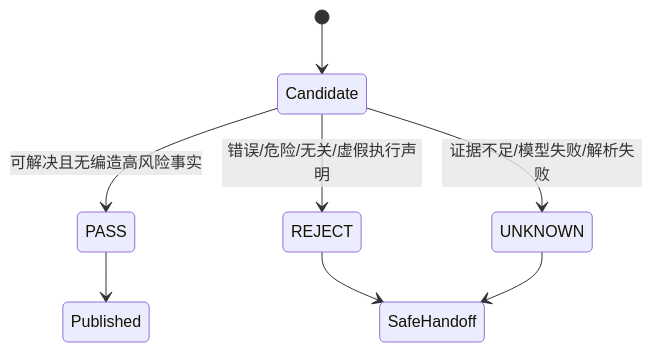
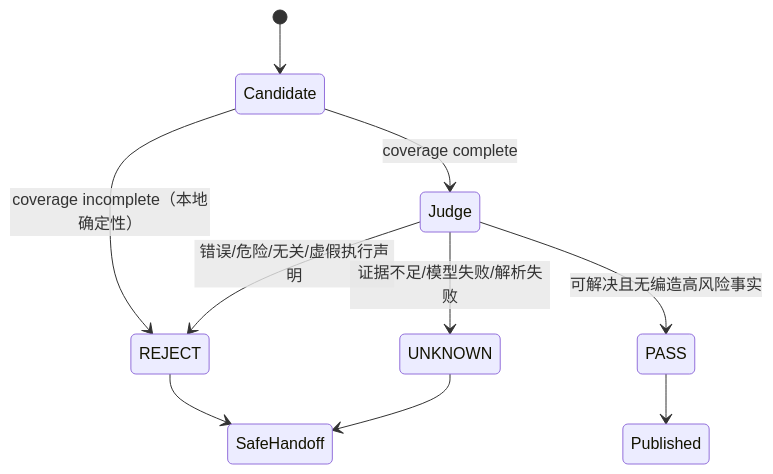
One commit to Garrulus21yyx/DialogPilot changed the fourth of 5 diagrams in docs/full-architecture-tutorial.zh-CN.md. Above: the diagram before and after it, drawn with Mermaid. The commit also changed other lines of this file and 8 other files, not shown here.

Commit message:
docs: publish task-aware multi-agent architecture guide

````diff
--- a/docs/full-architecture-tutorial.zh-CN.md
+++ b/docs/full-architecture-tutorial.zh-CN.md
@@ -634,10 +670,12 @@
 ```mermaid
 stateDiagram-v2
     [*] --> Candidate
-    Candidate --> PASS: 可解决且无编造高风险事实
-    Candidate --> REJECT: 错误/危险/无关/虚假执行声明
-    Candidate --> UNKNOWN: 证据不足/模型失败/解析失败
+    Candidate --> REJECT: coverage incomplete（本地确定性）
+    Candidate --> Judge: coverage complete
+    Judge --> PASS: 可解决且无编造高风险事实
+    Judge --> REJECT: 错误/危险/无关/虚假执行声明
+    Judge --> UNKNOWN: 证据不足/模型失败/解析失败
     PASS --> Published
     REJECT --> SafeHandoff
     UNKNOWN --> SafeHandoff
 ```
````
